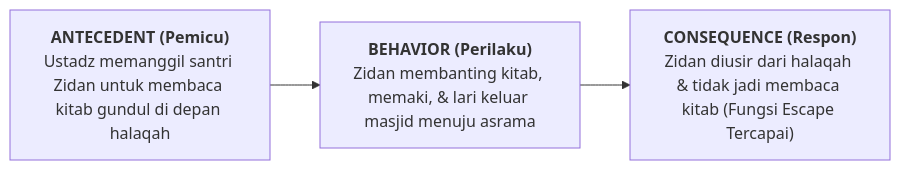
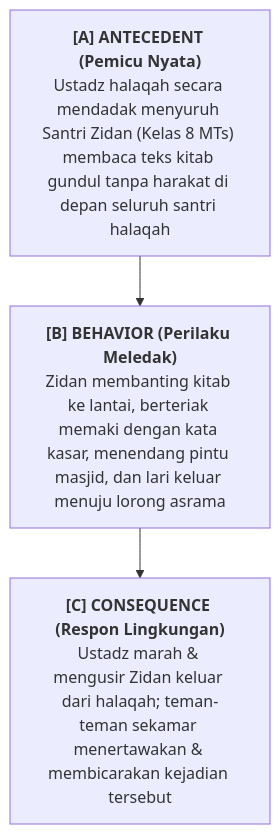
Before and after one commit to wandiapriliyandi/tumbuh: the diagram in BOOK Series 2/Volume-04-Intervensi-PBIS-dan-Disiplin-Restoratif/Bab-04-Intervensi-Tier-3-FBA-dan-BIP/02-Analisis-Rantai-ABC-Asrama.md, drawn with Mermaid. The commit also changed other lines of this file and 61 other files, not shown here.

````diff
--- a/BOOK Series 2/Volume-04-Intervensi-PBIS-dan-Disiplin-Restoratif/Bab-04-Intervensi-Tier-3-FBA-dan-BIP/02-Analisis-Rantai-ABC-Asrama.md
+++ b/BOOK Series 2/Volume-04-Intervensi-PBIS-dan-Disiplin-Restoratif/Bab-04-Intervensi-Tier-3-FBA-dan-BIP/02-Analisis-Rantai-ABC-Asrama.md
@@ -26,10 +32,10 @@
 ```mermaid
-flowchart LR
-    A["<b>ANTECEDENT (Pemicu)</b><br/>Ustadz memanggil santri Zidan untuk membaca kitab gundul di depan halaqah"]
+flowchart TD
+    A["<b>[A] ANTECEDENT (Pemicu Nyata)</b><br/>Ustadz halaqah secara mendadak menyuruh Santri Zidan (Kelas 8 MTs) membaca teks kitab gundul tanpa harakat di depan seluruh santri halaqah"]
     
-    B["<b>BEHAVIOR (Perilaku)</b><br/>Zidan membanting kitab, memaki, & lari keluar masjid menuju asrama"]
+    B["<b>[B] BEHAVIOR (Perilaku Meledak)</b><br/>Zidan membanting kitab ke lantai, berteriak memaki dengan kata kasar, menendang pintu masjid, dan lari keluar menuju lorong asrama"]
     
-    C["<b>CONSEQUENCE (Respon)</b><br/>Zidan diusir dari halaqah & tidak jadi membaca kitab (Fungsi Escape Tercapai)"]
+    C["<b>[C] CONSEQUENCE (Respon Lingkungan)</b><br/>Ustadz marah & mengusir Zidan keluar dari halaqah; teman-teman sekamar menertawakan & membicarakan kejadian tersebut"]
 
     A --> B --> C
 ```
````
